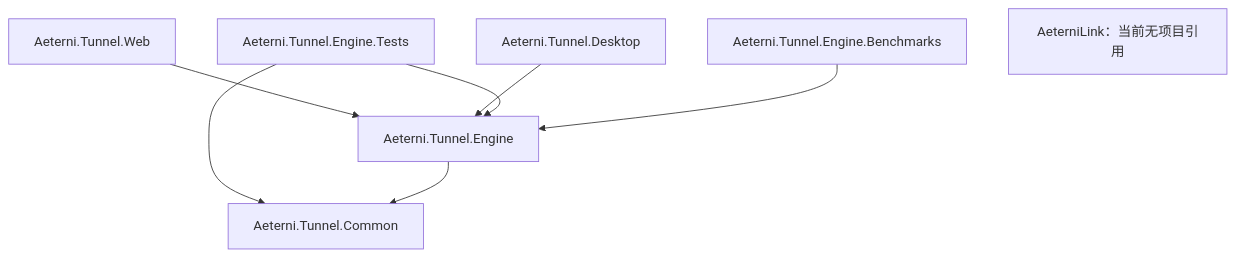
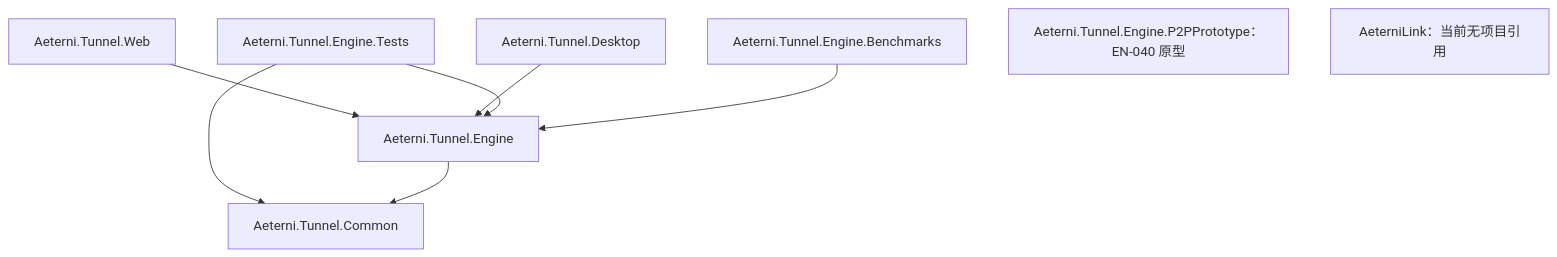
Before and after one commit to lixingyuan0817/AeterniTunnel: the diagram in docs/project-index.md, drawn with Mermaid. The commit also changed other lines of this file and 76 other files, not shown here.

```diff
--- a/docs/project-index.md
+++ b/docs/project-index.md
@@ -35,10 +36,11 @@
 ~~~mermaid
 flowchart TD
     Web["Aeterni.Tunnel.Web"] --> Engine["Aeterni.Tunnel.Engine"]
     Desktop["Aeterni.Tunnel.Desktop"] --> Engine
     Tests["Aeterni.Tunnel.Engine.Tests"] --> Engine
     Tests --> Common["Aeterni.Tunnel.Common"]
     Engine --> Common
     Benchmarks["Aeterni.Tunnel.Engine.Benchmarks"] --> Engine
+    P2PPrototype["Aeterni.Tunnel.Engine.P2PPrototype：EN-040 原型"]
     Link["AeterniLink：当前无项目引用"]
 ~~~
```
